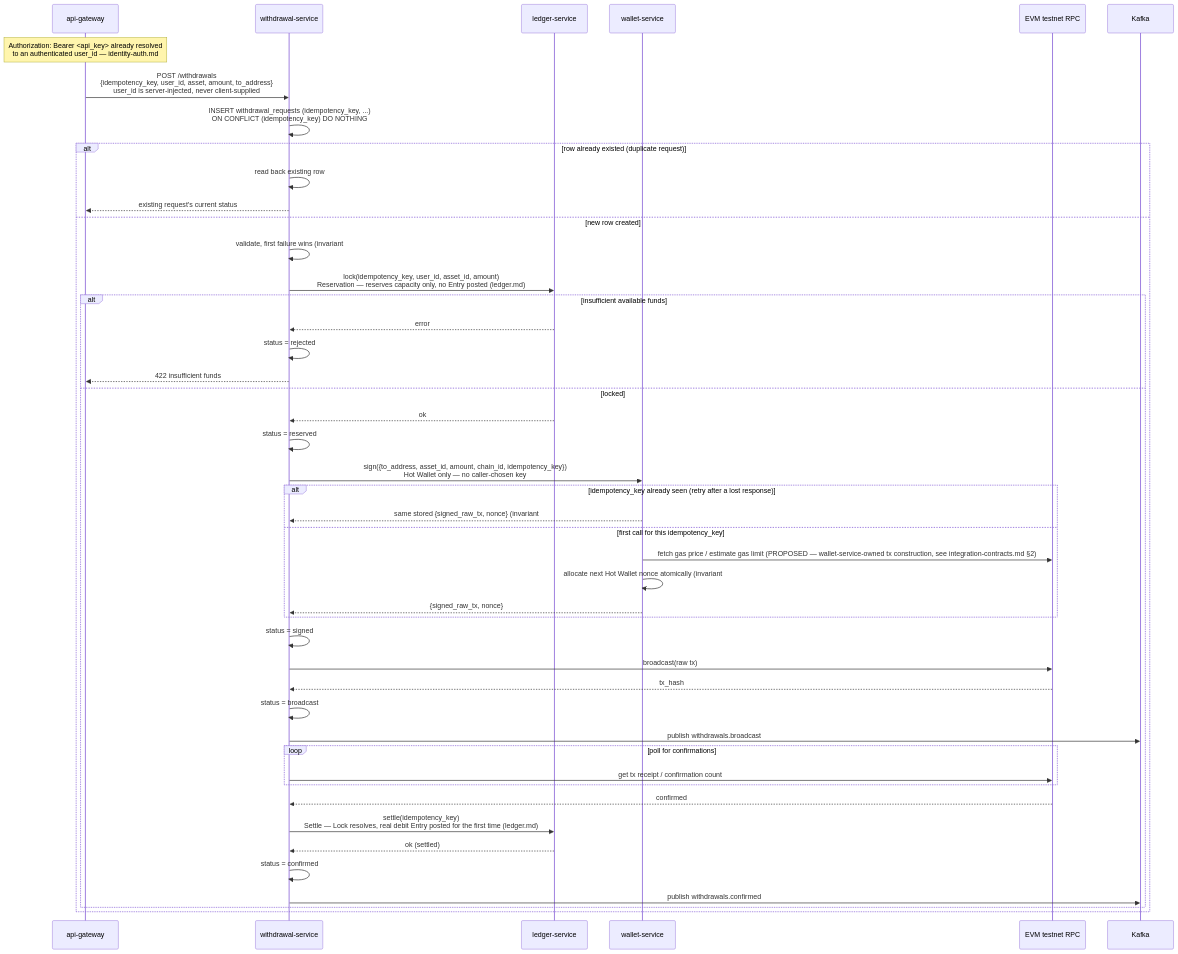
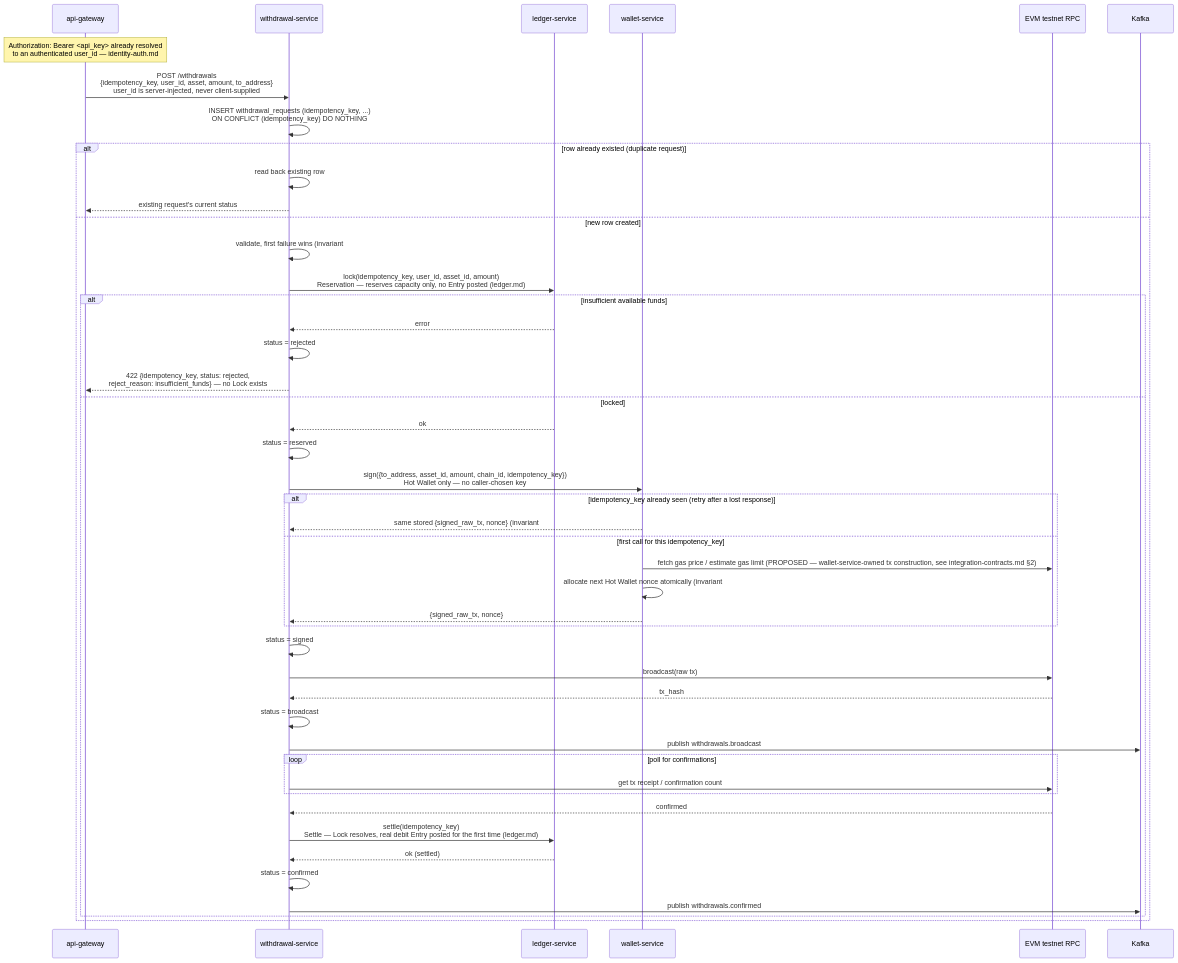
One commit to VuKhuongDuy/DigiWal changed the first of 4 diagrams in docs/design/withdrawal-flow.md. Above: the diagram before and after it, drawn with Mermaid. The commit also changed other lines of this file and 1 other file, not shown here.

First line of the commit message:
withdrawal-flow, integration-contracts: insufficient_funds is Decided

````diff
--- a/docs/design/withdrawal-flow.md
+++ b/docs/design/withdrawal-flow.md
@@ -582,49 +586,49 @@
 ```mermaid
 sequenceDiagram
     participant Gateway as api-gateway
     participant WD as withdrawal-service
     participant Ledger as ledger-service
     participant Wallet as wallet-service
     participant RPC as EVM testnet RPC
     participant Kafka
 
     Note over Gateway: Authorization: Bearer <api_key> already resolved<br/>to an authenticated user_id — identity-auth.md
     Gateway->>WD: POST /withdrawals<br/>{idempotency_key, user_id, asset, amount, to_address}<br/>user_id is server-injected, never client-supplied
     WD->>WD: INSERT withdrawal_requests (idempotency_key, ...)<br/>ON CONFLICT (idempotency_key) DO NOTHING
     alt row already existed (duplicate request)
         WD->>WD: read back existing row
         WD-->>Gateway: existing request's current status
     else new row created
         WD->>WD: validate, first failure wins (invariant #10 order):<br/>asset registered, to_address valid & non-zero, amount <= uint256,<br/>amount >= min, active Whitelist Entry, not on Screening List,<br/>not Hot/Warm, not a deposit address (invariant #18)<br/>reject → 422 {idempotency_key, status: rejected, reject_reason}
         WD->>Ledger: lock(idempotency_key, user_id, asset_id, amount)<br/>Reservation — reserves capacity only, no Entry posted (ledger.md)
         alt insufficient available funds
             Ledger-->>WD: error
             WD->>WD: status = rejected
-            WD-->>Gateway: 422 insufficient funds
+            WD-->>Gateway: 422 {idempotency_key, status: rejected,<br/>reject_reason: insufficient_funds} — no Lock exists
         else locked
             Ledger-->>WD: ok
             WD->>WD: status = reserved
             WD->>Wallet: sign({to_address, asset_id, amount, chain_id, idempotency_key})<br/>Hot Wallet only — no caller-chosen key
             alt idempotency_key already seen (retry after a lost response)
                 Wallet-->>WD: same stored {signed_raw_tx, nonce} (invariant #16) — no new nonce allocated
             else first call for this idempotency_key
                 Wallet->>RPC: fetch gas price / estimate gas limit (PROPOSED — wallet-service-owned tx construction, see integration-contracts.md §2)
                 Wallet->>Wallet: allocate next Hot Wallet nonce atomically (invariant #6)<br/>persist (idempotency_key -> nonce, signed_raw_tx) (invariant #16)
                 Wallet-->>WD: {signed_raw_tx, nonce}
             end
             WD->>WD: status = signed
             WD->>RPC: broadcast(raw tx)
             RPC-->>WD: tx_hash
             WD->>WD: status = broadcast
             WD->>Kafka: publish withdrawals.broadcast
             loop poll for confirmations
                 WD->>RPC: get tx receipt / confirmation count
             end
             RPC-->>WD: confirmed
             WD->>Ledger: settle(idempotency_key)<br/>Settle — Lock resolves, real debit Entry posted for the first time (ledger.md)
             Ledger-->>WD: ok (settled)
             WD->>WD: status = confirmed
             WD->>Kafka: publish withdrawals.confirmed
         end
     end
 ```
````
